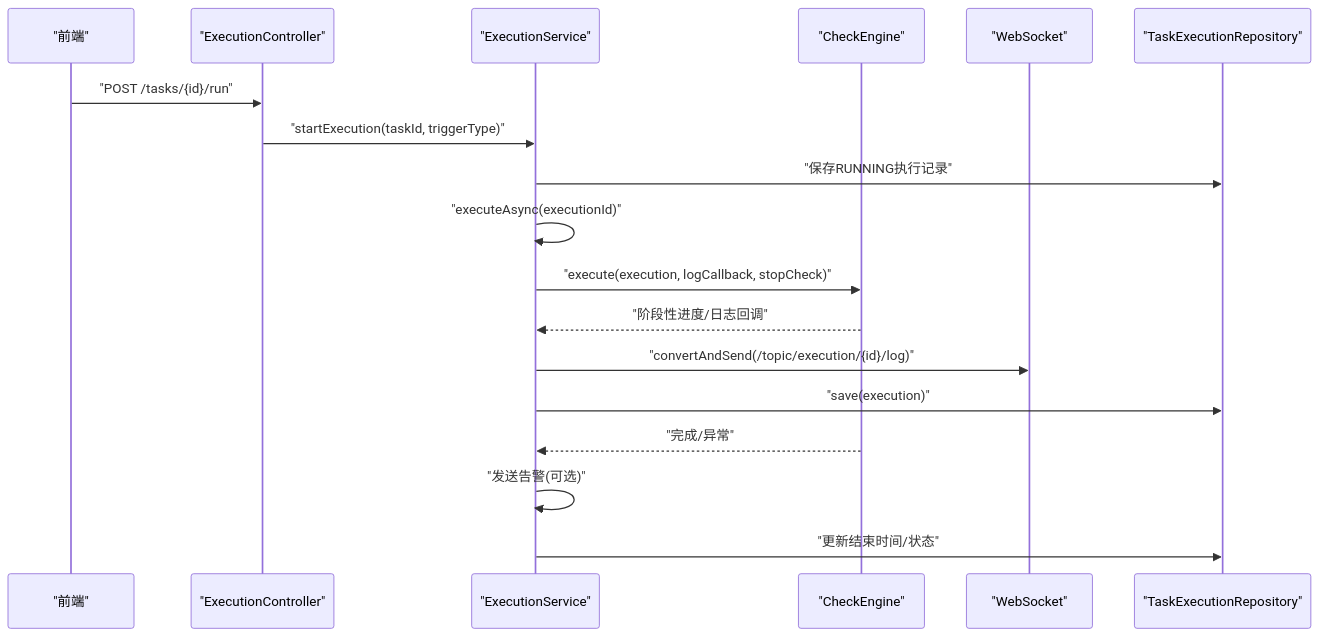
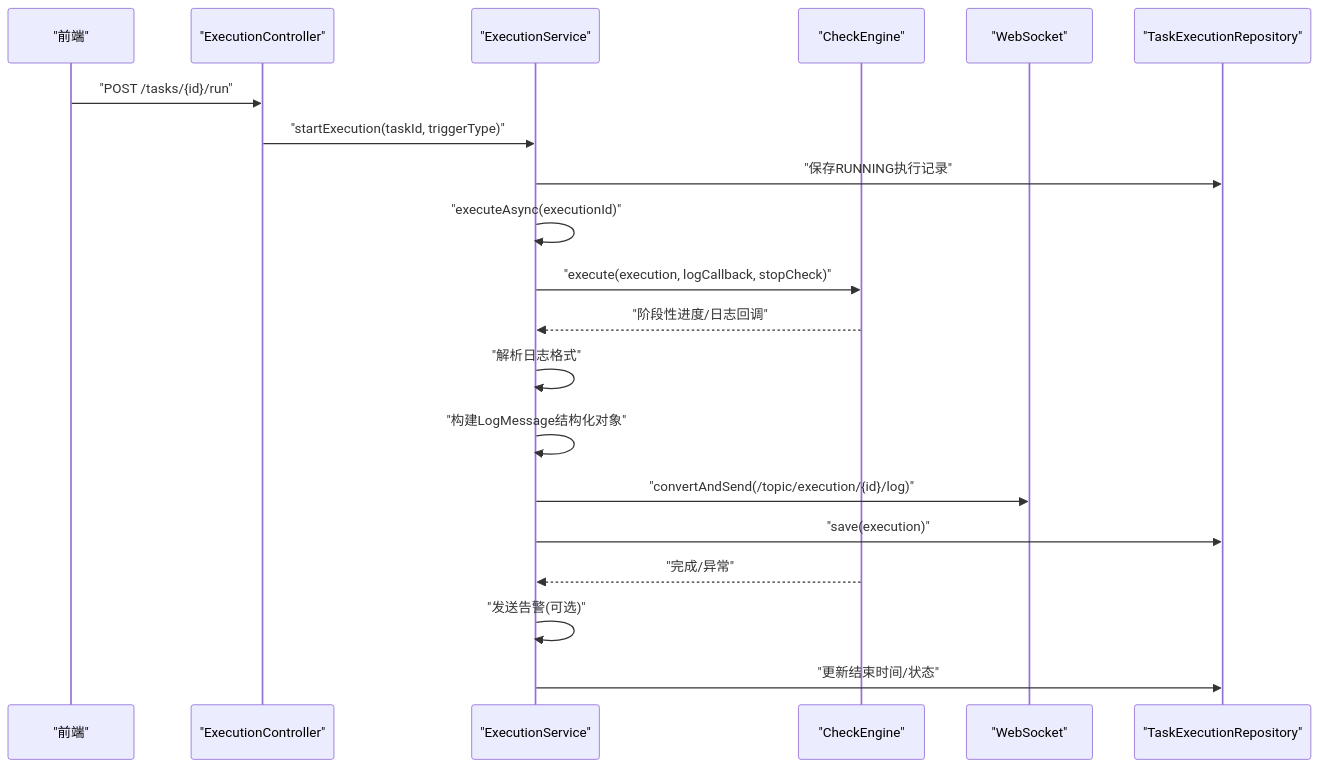
The fourth of 6 diagrams in .qoder/repowiki/zh/content/核心功能模块/执行监控系统.md (zzjxmy/mysql-risk-filed-check), drawn with Mermaid before and after one commit. The commit also changed other lines of this file and 6 other files, not shown here.

````diff
--- a/.qoder/repowiki/zh/content/核心功能模块/执行监控系统.md
+++ b/.qoder/repowiki/zh/content/核心功能模块/执行监控系统.md
@@ -206,20 +219,22 @@
 ```mermaid
 sequenceDiagram
 participant FE as "前端"
 participant CTRL as "ExecutionController"
 participant SVC as "ExecutionService"
 participant ENG as "CheckEngine"
 participant WS as "WebSocket"
 participant DB as "TaskExecutionRepository"
 FE->>CTRL : "POST /tasks/{id}/run"
 CTRL->>SVC : "startExecution(taskId, triggerType)"
 SVC->>DB : "保存RUNNING执行记录"
 SVC->>SVC : "executeAsync(executionId)"
 SVC->>ENG : "execute(execution, logCallback, stopCheck)"
 ENG-->>SVC : "阶段性进度/日志回调"
+SVC->>SVC : "解析日志格式"
+SVC->>SVC : "构建LogMessage结构化对象"
 SVC->>WS : "convertAndSend(/topic/execution/{id}/log)"
 SVC->>DB : "save(execution)"
 ENG-->>SVC : "完成/异常"
 SVC->>SVC : "发送告警(可选)"
 SVC->>DB : "更新结束时间/状态"
 ```
````
